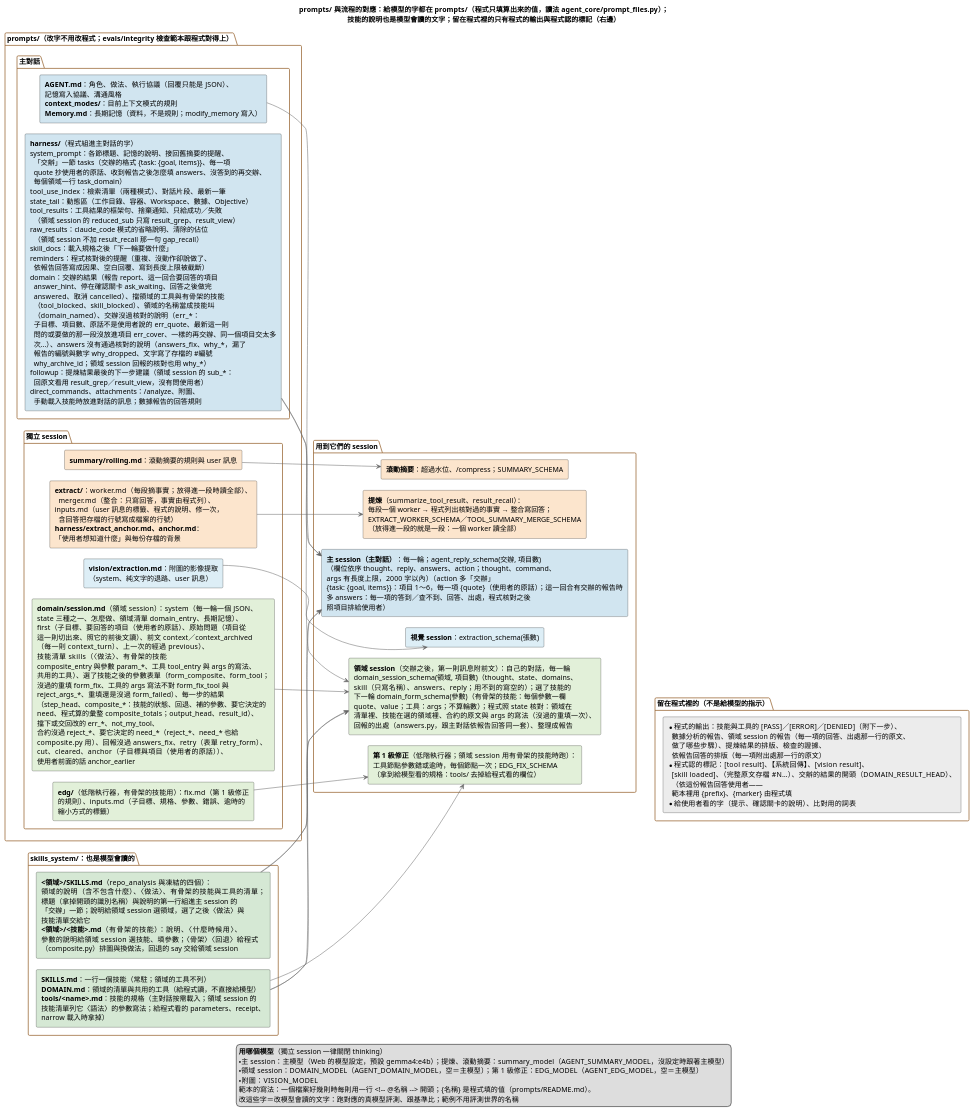
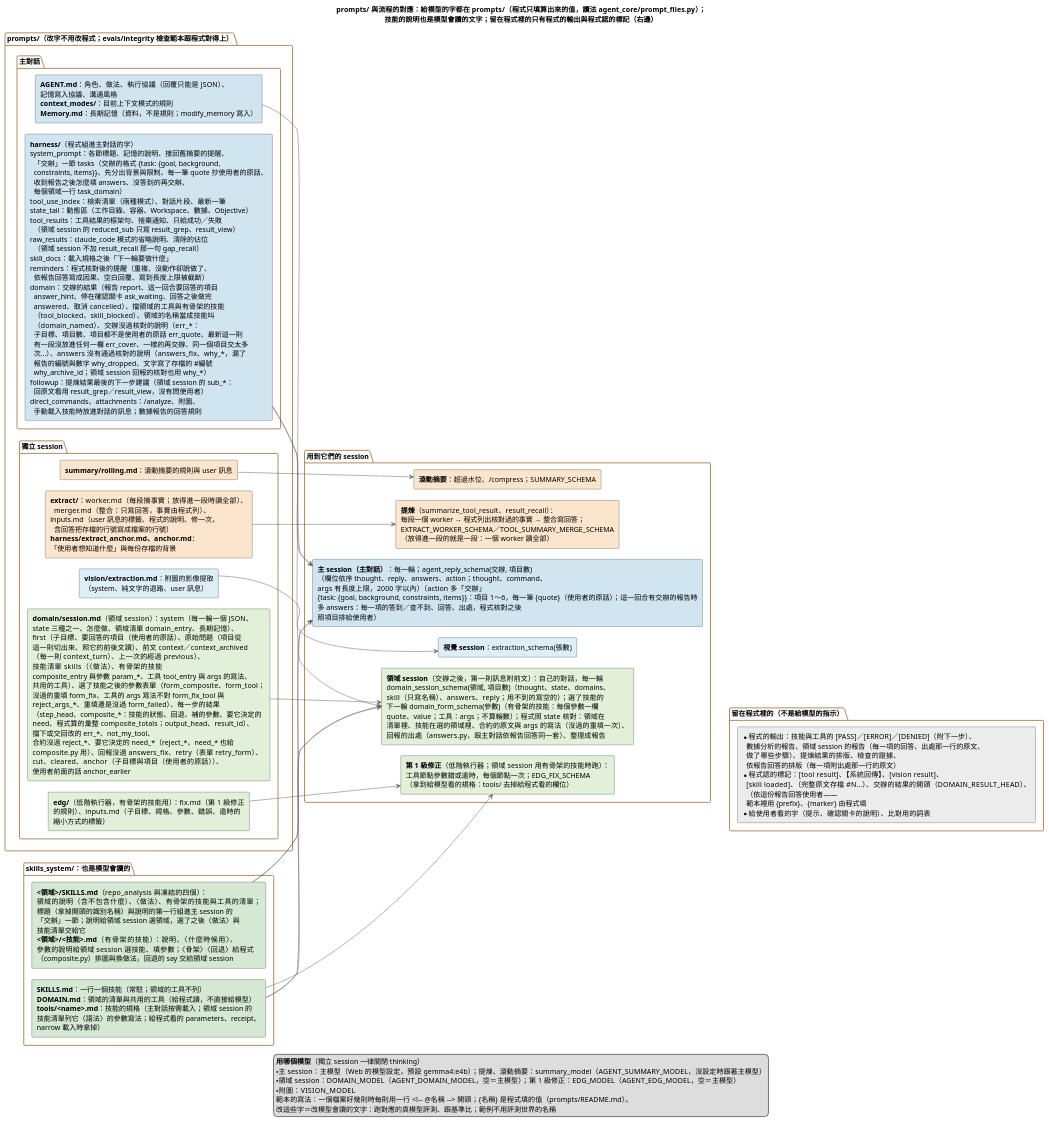
The diagram in doc/diagrams/prompts與流程的對應.puml (DavidZox/Coding_agnet), drawn with PlantUML before and after one commit. The commit also changed 15 other files, not shown here.

First line of the commit message:
feat: Round 36 - domain session leaves out background and constraints (L1); architecture docs for rounds 32-36

```diff
--- a/doc/diagrams/prompts與流程的對應.puml
+++ b/doc/diagrams/prompts與流程的對應.puml
@@ -1,190 +1,191 @@
 @startuml
 ' --- 樣式精準控制 ---
 skinparam shadowing false
 skinparam defaultFontName "Microsoft JhengHei"
 skinparam RectangleWidthMax 440
 skinparam PackageBorderColor #996633
 skinparam ArrowColor #666666
 skinparam ranksep 70
 skinparam nodesep 22
 left to right direction
 
 title prompts/ 與流程的對應：給模型的字都在 prompts/（程式只填算出來的值，讀法 agent_core/prompt_files.py）；\n技能的說明也是模型會讀的文字；留在程式裡的只有程式的輸出與程式認的標記（右邊）
 
 package "prompts/（改字不用改程式；evals/integrity 檢查範本跟程式對得上）" {
   package "主對話" {
     rectangle P_AGENT #D1E5F0 [
       **AGENT.md**：角色、做法、執行協議（回覆只能是 JSON）、
       記憶寫入協議、溝通風格
       **context_modes/**：目前上下文模式的規則
       **Memory.md**：長期記憶（資料，不是規則；modify_memory 寫入）
     ]
     rectangle P_HARNESS #D1E5F0 [
       **harness/**（程式組進主對話的字）
       system_prompt：各節標題、記憶的說明、接回舊摘要的提醒、
-        「交辦」一節 tasks（交辦的格式 {task: {goal, items}}、每一項
-        quote 抄使用者的原話、收到報告之後怎麼填 answers、沒答到的再交辦、
+        「交辦」一節 tasks（交辦的格式 {task: {goal, background,
+        constraints, items}}、先分出背景與限制、每一筆 quote 抄使用者的原話、
+        收到報告之後怎麼填 answers、沒答到的再交辦、
         每個領域一行 task_domain）
       tool_use_index：檢索清單（兩種模式）、對話片段、最新一筆
       state_tail：動態區（工作目錄、容器、Workspace、數據、Objective）
       tool_results：工具結果的框架句、捨棄通知、只給成功／失敗
         （領域 session 的 reduced_sub 只寫 result_grep、result_view）
       raw_results：claude_code 模式的省略說明、清除的佔位
         （領域 session 不加 result_recall 那一句 gap_recall）
       skill_docs：載入規格之後「下一輪要做什麼」
       reminders：程式核對後的提醒（重複、沒動作卻說做了、
         依報告回答寫成因果、空白回覆、寫到長度上限被截斷）
       domain：交辦的結果（報告 report、這一回合要回答的項目
         answer_hint、停在確認關卡 ask_waiting、回答之後做完
         answered、取消 cancelled）、擋領域的工具與有骨架的技能
         （tool_blocked、skill_blocked）、領域的名稱當成技能叫
         （domain_named）、交辦沒過核對的說明（err_*：
-        子目標、項目數、原話不是使用者說的 err_quote、最新這一則
-        問的或要做的那一段沒放進項目 err_cover、一樣的再交辦、同一個項目交太多
+        子目標、項目數、項目都不是使用者的原話 err_quote、最新這一則
+        有一段沒放進任何一欄 err_cover、一樣的再交辦、同一個項目交太多
         次…）、answers 沒有通過核對的說明（answers_fix、why_*，漏了
         報告的編號與數字 why_dropped、文字寫了存檔的 #編號
         why_archive_id；領域 session 回報的核對也用 why_*）
       followup：提煉結果最後的下一步建議（領域 session 的 sub_*：
         回原文看用 result_grep／result_view，沒有問使用者）
       direct_commands、attachments：/analyze、附圖、
         手動載入技能時放進對話的訊息；數據報告的回答規則
     ]
   }
   package "獨立 session" {
     rectangle P_SUMMARY #FCE5CD [
       **summary/rolling.md**：滾動摘要的規則與 user 訊息
     ]
     rectangle P_EXTRACT #FCE5CD [
       **extract/**：worker.md（每段摘事實；放得進一段時讀全部）、
         merger.md（整合：只寫回答，事實由程式列）、
       inputs.md（user 訊息的標籤、程式的說明、修一次，
         含回答把存檔的行號寫成檔案的行號）
       **harness/extract_anchor.md、anchor.md**：
       「使用者想知道什麼」與每份存檔的背景
     ]
     rectangle P_VISION #DDEEF6 [
       **vision/extraction.md**：附圖的影像提取
       （system、純文字的退路、user 訊息）
     ]
     rectangle P_EDG #E2F0D9 [
       **edg/**（低階執行器，有骨架的技能用）：fix.md（第 1 級修正
       的規則）、inputs.md（子目標、規格、參數、錯誤、逾時的
       縮小方式的標籤）
     ]
     rectangle P_DOMAIN #E2F0D9 [
       **domain/session.md**（領域 session）：system（每一輪一個 JSON、
       state 三種之一、怎麼做、領域清單 domain_entry、長期記憶）、
       first（子目標、要回答的項目（使用者的原話）、原始問題（項目從
       這一則切出來、照它的前後文讀）、前文 context／context_archived
       （每一則 context_turn）、上一次的經過 previous）、
       技能清單 skills（〈做法〉、有骨架的技能
       composite_entry 與參數 param_*、工具 tool_entry 與 args 的寫法、
       共用的工具）、選了技能之後的參數表單（form_composite、form_tool；
       沒過的重填 form_fix、工具的 args 寫法不對 form_fix_tool 與
       reject_args_*、重填還是沒過 form_failed）、每一步的結果
       （step_head、composite_*：技能的狀態、回退、補的參數、要它決定的
       need、程式算的彙整 composite_totals；output_head、result_id）、
       擋下或交回改的 err_*、not_my_tool、
       合約沒過 reject_*、要它決定的 need_*（reject_*、need_* 也給
       composite.py 用）、回報沒過 answers_fix、retry（表單 retry_form）、
       cut、cleared、anchor（子目標與項目（使用者的原話））、
       使用者前面的話 anchor_earlier
     ]
   }
 }
 
 package "skills_system/：也是模型會讀的" {
   rectangle K_ALL #D5E8D4 [
     **SKILLS.md**：一行一個技能（常駐；領域的工具不列）
     **DOMAIN.md**：領域的清單與共用的工具（給程式讀，不直接給模型）
     **tools/<name>.md**：技能的規格（主對話按需載入；領域 session 的
     技能清單列它〈語法〉的參數寫法；給程式看的 parameters、receipt、
     narrow 載入時拿掉）
   ]
   rectangle K_DOMAIN #D5E8D4 [
     **<領域>/SKILLS.md**（repo_analysis 與凍結的四個）：
     領域的說明（含不包含什麼）、〈做法〉、有骨架的技能與工具的清單；
     標題（拿掉開頭的識別名稱）與說明的第一行組進主 session 的
     「交辦」一節；說明給領域 session 選領域，選了之後〈做法〉與
     技能清單交給它
     **<領域>/<技能>.md**（有骨架的技能）：說明、〈什麼時候用〉、
     參數的說明給領域 session 選技能、填參數；〈骨架〉〈回退〉給程式
     （composite.py）排圖與換做法，回退的 say 交給領域 session
   ]
 }
 
 package "用到它們的 session" {
   rectangle S_MAIN #D1E5F0 [
     **主 session（主對話）**：每一輪；agent_reply_schema(交辦, 項目數)
     （欄位依序 thought、reply、answers、action；thought、command、
     args 有長度上限，2000 字以內）（action 多「交辦」
-    {task: {goal, items}}：項目 1～6，每一項 {quote}（使用者的原話）；這一回合有交辦的報告時
+    {task: {goal, background, constraints, items}}：項目 1～6，每一筆 {quote}（使用者的原話）；這一回合有交辦的報告時
     多 answers：每一項的答到／查不到、回答、出處，程式核對之後
     照項目排給使用者）
   ]
   rectangle S_DOMAIN #E2F0D9 [
     **領域 session**（交辦之後，第一則訊息附前文）：自己的對話，每一輪
     domain_session_schema(領域, 項目數)（thought、state、domains、
     skill（只寫名稱）、answers、reply；用不到的寫空的）；選了技能的
     下一輪 domain_form_schema(參數)（有骨架的技能：每個參數一欄
     quote、value；工具：args；不算輪數）；程式照 state 核對：領域在
     清單裡、技能在選的領域裡、合約的原文與 args 的寫法（沒過的重填一次）、
     回報的出處（answers.py，跟主對話依報告回答同一套）、整理成報告
   ]
   rectangle S_SUMMARY #FCE5CD [
     **滾動摘要**：超過水位、/compress；SUMMARY_SCHEMA
   ]
   rectangle S_EXTRACT #FCE5CD [
     **提煉**（summarize_tool_result、result_recall）：
     每段一個 worker → 程式列出核對過的事實 → 整合寫回答；
     EXTRACT_WORKER_SCHEMA／TOOL_SUMMARY_MERGE_SCHEMA
     （放得進一段的就是一段：一個 worker 讀全部）
   ]
   rectangle S_VISION #DDEEF6 [
     **視覺 session**：extraction_schema(張數)
   ]
   rectangle S_EDG #E2F0D9 [
     **第 1 級修正**（低階執行器；領域 session 用有骨架的技能時跑）：
     工具節點參數錯或逾時，每個節點一次；EDG_FIX_SCHEMA
     （拿到給模型看的規格：tools/ 去掉給程式看的欄位）
   ]
 }
 
 package "留在程式裡的（不是給模型的指示）" {
   rectangle C_LIST #ECECEC [
     * 程式的輸出：技能與工具的 [PASS]／[ERROR]／[DENIED]（附下一步）、
       數據分析的報告、領域 session 的報告（每一項的回答、出處那一行的原文、
       做了哪些步驟）、提煉結果的排版、檢查的證據、
       依報告回答的排版（每一項附出處那一行的原文）
     * 程式認的標記：[tool result]、【系統回傳】、[vision result]、
       [skill loaded]、（完整原文存檔 #N…）、交辦的結果的開頭（DOMAIN_RESULT_HEAD）、
       （依這份報告回答使用者——
       範本裡用 {prefix}、{marker} 由程式填
     * 給使用者看的字（提示、確認關卡的說明）、比對用的詞表
   ]
 }
 
 P_AGENT --> S_MAIN
 P_HARNESS --> S_MAIN
 K_ALL --> S_MAIN
 P_SUMMARY --> S_SUMMARY
 P_EXTRACT --> S_EXTRACT
 P_VISION --> S_VISION
 P_EDG --> S_EDG
 K_ALL --> S_EDG
 P_DOMAIN --> S_DOMAIN
 P_HARNESS --> S_DOMAIN
 K_DOMAIN --> S_DOMAIN
 K_ALL --> S_DOMAIN
 K_DOMAIN --> S_MAIN
 S_EDG -[hidden]-> C_LIST
 
 legend bottom
   **用哪個模型**（獨立 session 一律關閉 thinking）
   ・主 session：主模型（Web 的模型設定，預設 gemma4:e4b）；提煉、滾動摘要：summary_model（AGENT_SUMMARY_MODEL，沒設定時跟著主模型）
   ・領域 session：DOMAIN_MODEL（AGENT_DOMAIN_MODEL，空＝主模型）；第 1 級修正：EDG_MODEL（AGENT_EDG_MODEL，空＝主模型）
   ・附圖：VISION_MODEL
   範本的寫法：一個檔案好幾則時每則用一行 <!~-- @名稱 ~--> 開頭；{名稱} 是程式填的值（prompts/README.md）。
   改這些字＝改模型會讀的文字：跑對應的真模型評測、跟基準比；範例不用評測世界的名稱
 endlegend
 @enduml
```
